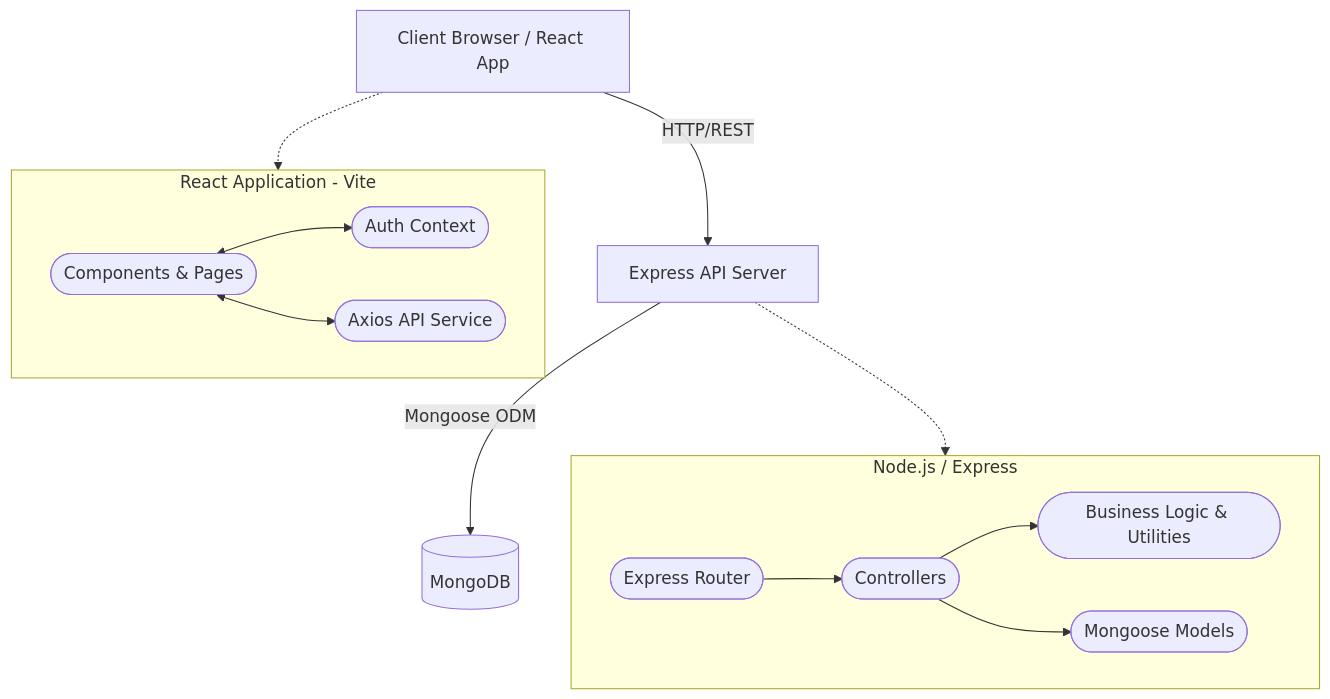
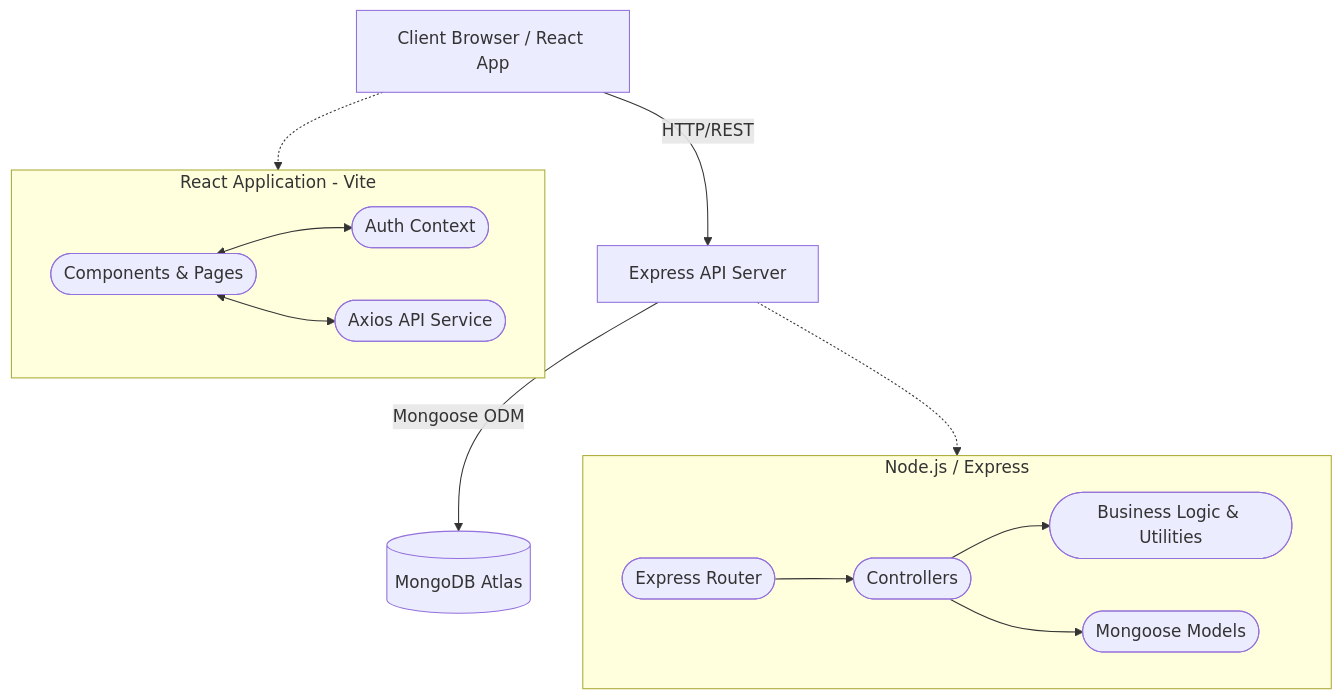
The first of 2 diagrams in docs/ARCHITECTURE.md (Jeet-Srivastava/peer2peer), drawn with Mermaid before and after one commit. The commit also changed other lines of this file and 50 other files, not shown here.

````diff
--- a/docs/ARCHITECTURE.md
+++ b/docs/ARCHITECTURE.md
@@ -8,26 +8,26 @@
 ```mermaid
 graph TD
     Client[Client Browser / React App] -->|HTTP/REST| API[Express API Server]
-    API -->|Mongoose ODM| DB[(MongoDB)]
+    API -->|Mongoose ODM| DB[(MongoDB Atlas)]
     
     subgraph Frontend [React Application - Vite]
         UI([Components & Pages])
         Context([Auth Context])
         Services([Axios API Service])
         UI <--> Context
         UI <--> Services
     end
     
     subgraph Backend [Node.js / Express]
         Router([Express Router])
         Controllers([Controllers])
         Services_BE([Business Logic & Utilities])
         Models([Mongoose Models])
         Router --> Controllers
         Controllers --> Services_BE
         Controllers --> Models
     end
     
     Client -.-> Frontend
     API -.-> Backend
 ```
````
